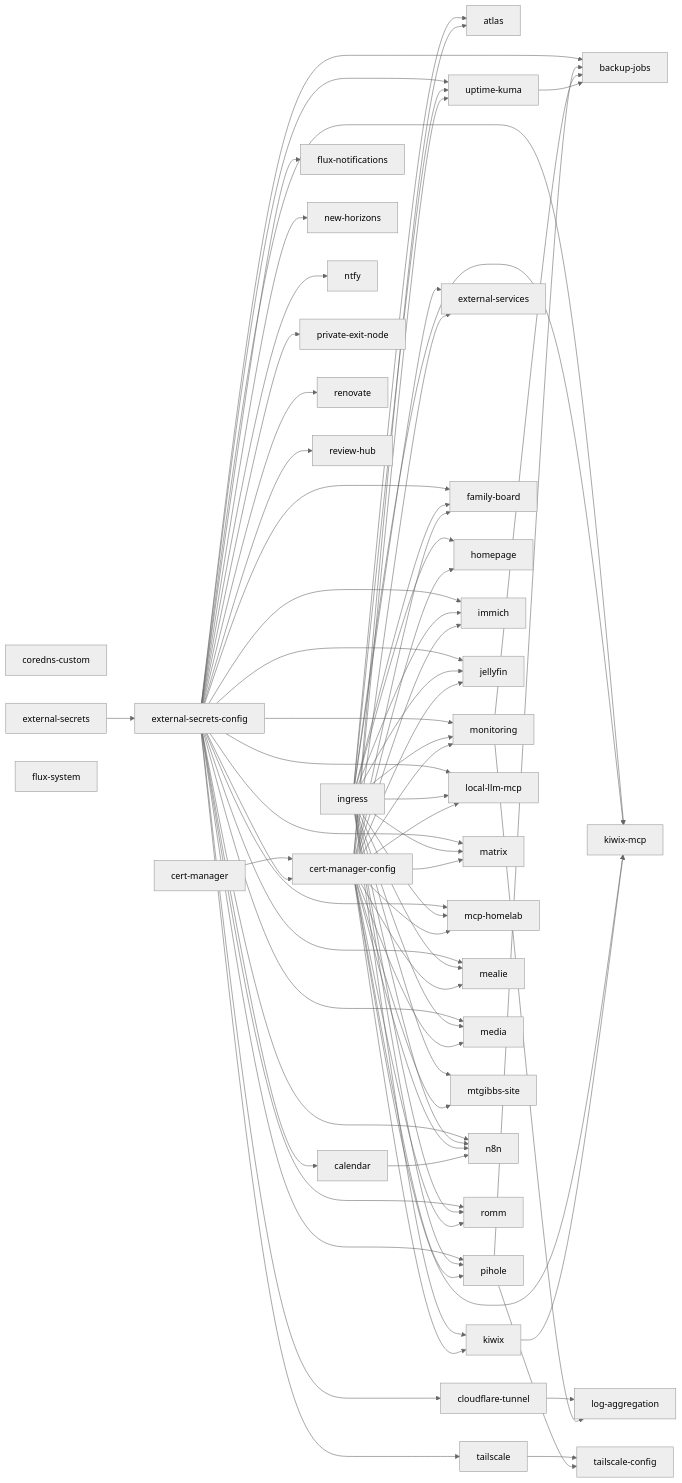
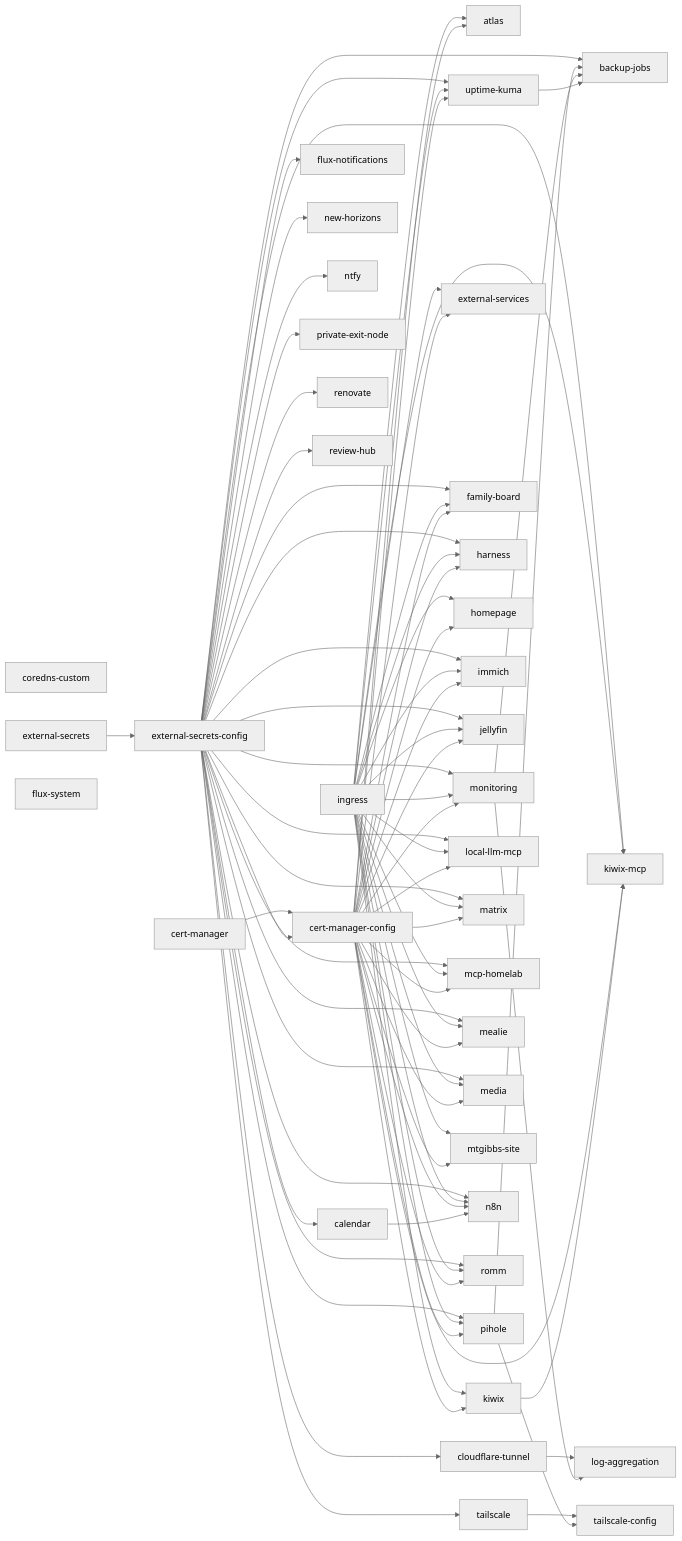
One commit to mtgibbs/pi-cluster changed the diagram in docs/domain-map.md. Above: the diagram before and after it, drawn with Mermaid (neutral theme). The commit also changed other lines of this file and 13 other files, not shown here.

```diff
--- a/docs/domain-map.md
+++ b/docs/domain-map.md
@@ -79,6 +79,10 @@
   kd9c6dn["flux-notifications"]
   k1unc8vb --> kd9c6dn
   ka3ayi4["flux-system"]
+  k6vrex["harness"]
+  k1unc8vb --> k6vrex
+  kkuvy6m --> k6vrex
+  k19g0j44 --> k6vrex
   k1uuov05["homepage"]
   kkuvy6m --> k1uuov05
   k19g0j44 --> k1uuov05
```
